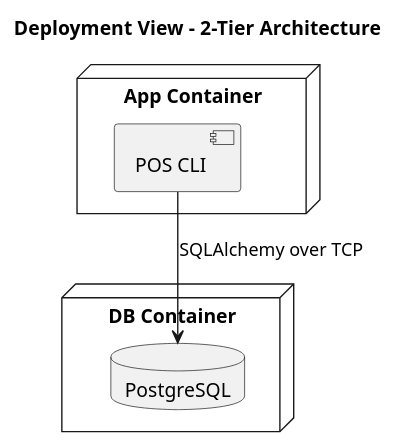
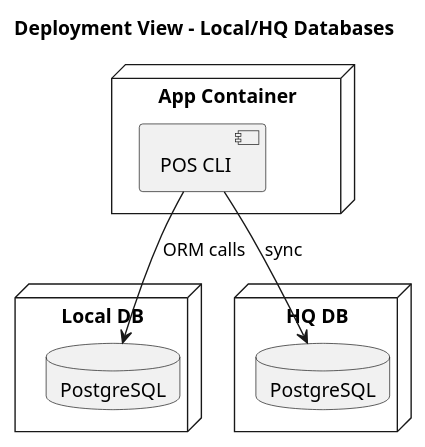
One commit to Sersium/log430lab123 changed the diagram in docs/UML/deployment_view.puml. Above: the diagram before and after it, drawn with PlantUML. The commit also changed 10 other files, not shown here.

```diff
--- a/docs/UML/deployment_view.puml
+++ b/docs/UML/deployment_view.puml
@@ -1,13 +1,17 @@
 @startuml deployment_view
-title Deployment View - 2-Tier Architecture
+title Deployment View - Local/HQ Databases
 
 node "App Container" as App {
     component "POS CLI" as POS_CLI
 }
 
-node "DB Container" as DB {
-    database "PostgreSQL" as POSTGRES_DB
+node "Local DB" as Local {
+    database "PostgreSQL" as DB_LOCAL
+}
+node "HQ DB" as HQ {
+    database "PostgreSQL" as DB_HQ
 }
 
-POS_CLI --> POSTGRES_DB : SQLAlchemy over TCP
+POS_CLI --> DB_LOCAL : ORM calls
+POS_CLI --> DB_HQ : sync
 @enduml
```
